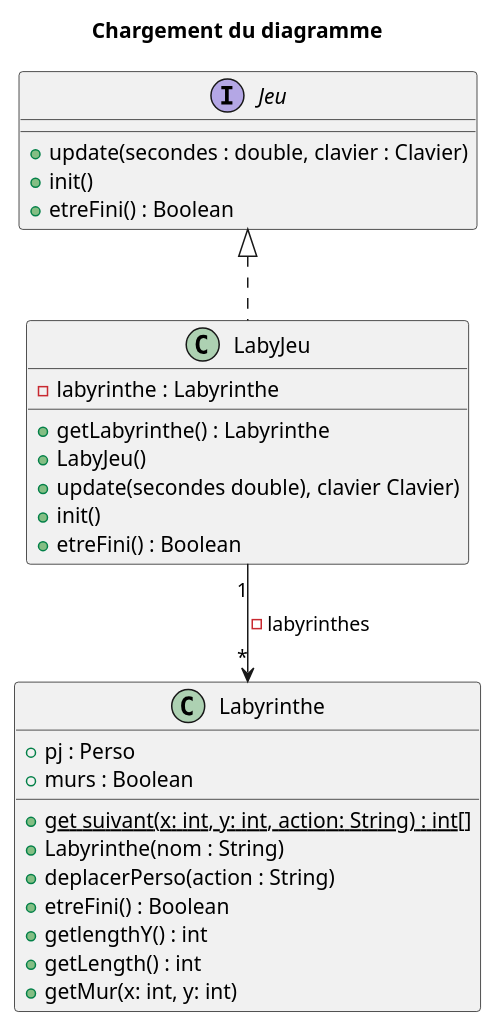
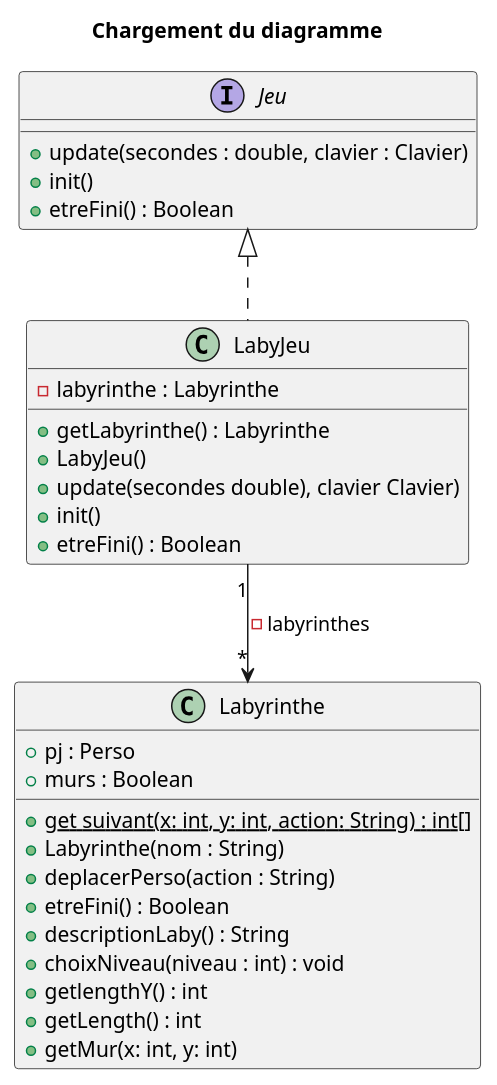
One commit to Baloo54/Zeldiablo_Comte_Fuchs_Andre_Mathieu changed the first of 2 diagrams in documents/itération1/itération1.puml. Above: the diagram before and after it, drawn with PlantUML. The commit also changed other lines of this file and 1 other file, not shown here.

```diff
--- a/documents/itération1/itération1.puml
+++ b/documents/itération1/itération1.puml
@@ -1,41 +1,43 @@
 @startuml diagrammeLaby
 title Chargement du diagramme
 
 '''classes
 class Labyrinthe
 {
   +pj : Perso
   +murs : Boolean
 
   +{static} get suivant(x: int, y: int, action: String) : int[]
   +Labyrinthe(nom : String)
   +deplacerPerso(action : String)
   +etreFini() : Boolean
+  +descriptionLaby() : String
+  +choixNiveau(niveau : int) : void
   +getlengthY() : int
   +getLength() : int
   +getMur(x: int, y: int)
 }
 
 class LabyJeu
 {
   -labyrinthe : Labyrinthe
 
   +getLabyrinthe() : Labyrinthe
   +LabyJeu()
   +update(secondes double), clavier Clavier)
   +init()
   +etreFini() : Boolean
 }
 
 interface Jeu
 {
   +update(secondes : double, clavier : Clavier)
   +init()
   +etreFini() : Boolean
 }
 
 '''relations
 Jeu <|.. LabyJeu
 LabyJeu "1" --> "*" Labyrinthe : -labyrinthes
 
 @enduml
```
